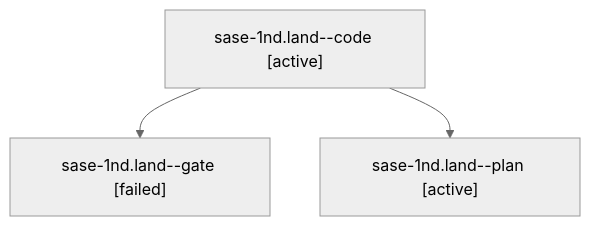
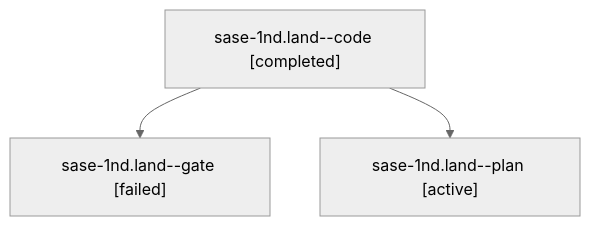
The diagram in sessions/bbugyi200.athena.sase-1nd.land.md (sase-org/sase--agents), drawn with Mermaid (neutral theme) before and after one commit. The commit also changed other lines of this file and 7 other files, not shown here.

````diff
--- a/sessions/bbugyi200.athena.sase-1nd.land.md
+++ b/sessions/bbugyi200.athena.sase-1nd.land.md
@@ -9,8 +9,8 @@
 ```mermaid
 flowchart TD
-  n0["sase-1nd.land--code [active]"]
+  n0["sase-1nd.land--code [completed]"]
   n1["sase-1nd.land--gate [failed]"]
   n0 --> n1
   n2["sase-1nd.land--plan [active]"]
   n0 --> n2
 ```
````
